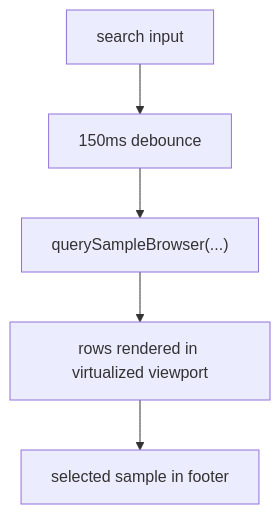
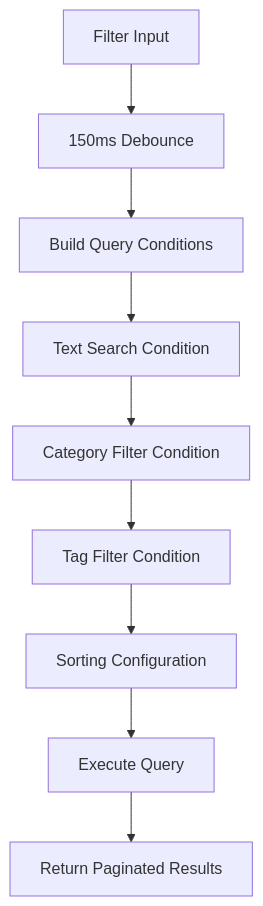
One commit to satyrlord/mixjam-electron changed the sixth of 7 diagrams in .qoder/repowiki/en/content/Sample Browser.md. Above: the diagram before and after it, drawn with Mermaid. The commit also changed other lines of this file and 104 other files, not shown here.

First line of the commit message:
fix(config): update markdownlint schema and cleanup ignored paths

````diff
--- a/.qoder/repowiki/en/content/Sample Browser.md
+++ b/.qoder/repowiki/en/content/Sample Browser.md
@@ -327,7 +281,11 @@
 ```mermaid
 flowchart TD
-Input["search input"] --> Debounce["150ms debounce"]
-Debounce --> Query["querySampleBrowser(...)"]
-Query --> Rows["rows rendered in virtualized viewport"]
-Rows --> Footer["selected sample in footer"]
+Input["Filter Input"] --> Debounce["150ms Debounce"]
+Debounce --> Build["Build Query Conditions"]
+Build --> Text["Text Search Condition"]
+Text --> Category["Category Filter Condition"]
+Category --> Tags["Tag Filter Condition"]
+Tags --> Sort["Sorting Configuration"]
+Sort --> Execute["Execute Query"]
+Execute --> Results["Return Paginated Results"]
 ```
````
